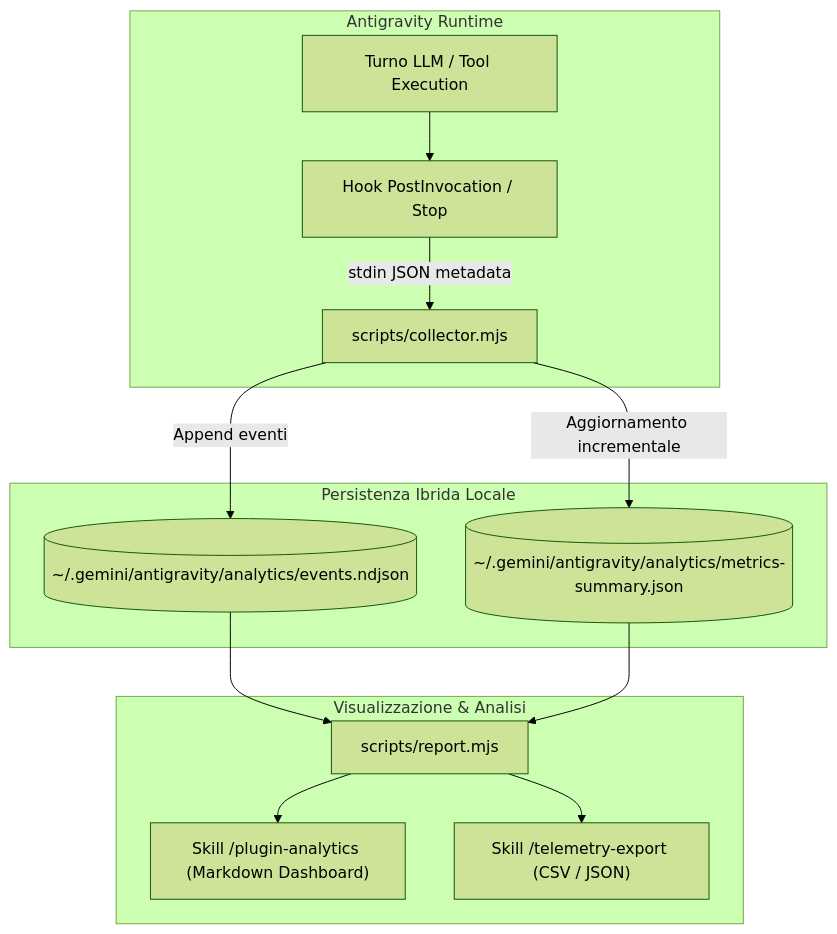
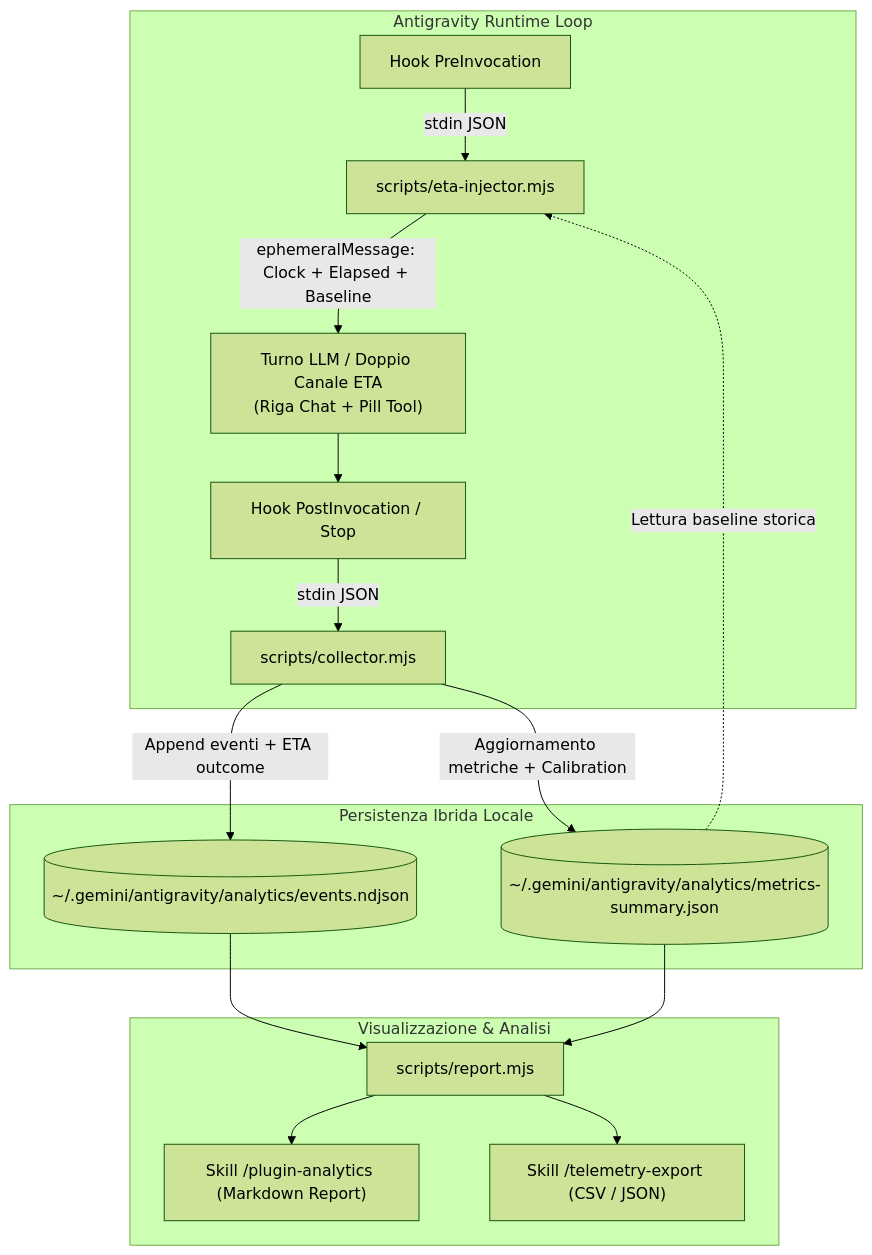
One commit to alessandroame/antigravity-plugins changed the diagram in plugins/telemetry-analytics/README.md. Above: the diagram before and after it, drawn with Mermaid (forest theme). The commit also changed other lines of this file and 12 other files, not shown here.

Commit message:
feat(telemetry-analytics): add real-time PreInvocation ETA clock and dual-channel progress

````diff
--- a/plugins/telemetry-analytics/README.md
+++ b/plugins/telemetry-analytics/README.md
@@ -21,19 +20,22 @@
 ```mermaid
 flowchart TD
-    subgraph AntigravityRuntime["Antigravity Runtime"]
-        Turn["Turno LLM / Tool Execution"] --> PostInv["Hook PostInvocation / Stop"]
-        PostInv -->|stdin JSON metadata| Collector["scripts/collector.mjs"]
+    subgraph AntigravityRuntime["Antigravity Runtime Loop"]
+        PreInv["Hook PreInvocation"] -->|stdin JSON| EtaInj["scripts/eta-injector.mjs"]
+        EtaInj -->|ephemeralMessage: Clock + Elapsed + Baseline| Turn["Turno LLM / Doppio Canale ETA<br/>(Riga Chat + Pill Tool)"]
+        Turn --> PostInv["Hook PostInvocation / Stop"]
+        PostInv -->|stdin JSON| Collector["scripts/collector.mjs"]
     end
 
     subgraph StorageLayer["Persistenza Ibrida Locale"]
-        Collector -->|Append eventi| NDJSON[("~/.gemini/antigravity/analytics/events.ndjson")]
-        Collector -->|Aggiornamento incrementale| Summary[("~/.gemini/antigravity/analytics/metrics-summary.json")]
+        Collector -->|Append eventi + ETA outcome| NDJSON[("~/.gemini/antigravity/analytics/events.ndjson")]
+        Collector -->|Aggiornamento metriche + Calibration| Summary[("~/.gemini/antigravity/analytics/metrics-summary.json")]
+        Summary -.->|Lettura baseline storica| EtaInj
     end
 
     subgraph ReportingLayer["Visualizzazione & Analisi"]
         NDJSON --> Report["scripts/report.mjs"]
         Summary --> Report
-        Report --> Skill1["Skill /plugin-analytics (Markdown Dashboard)"]
+        Report --> Skill1["Skill /plugin-analytics (Markdown Report)"]
         Report --> Skill2["Skill /telemetry-export (CSV / JSON)"]
     end
 ```
````
